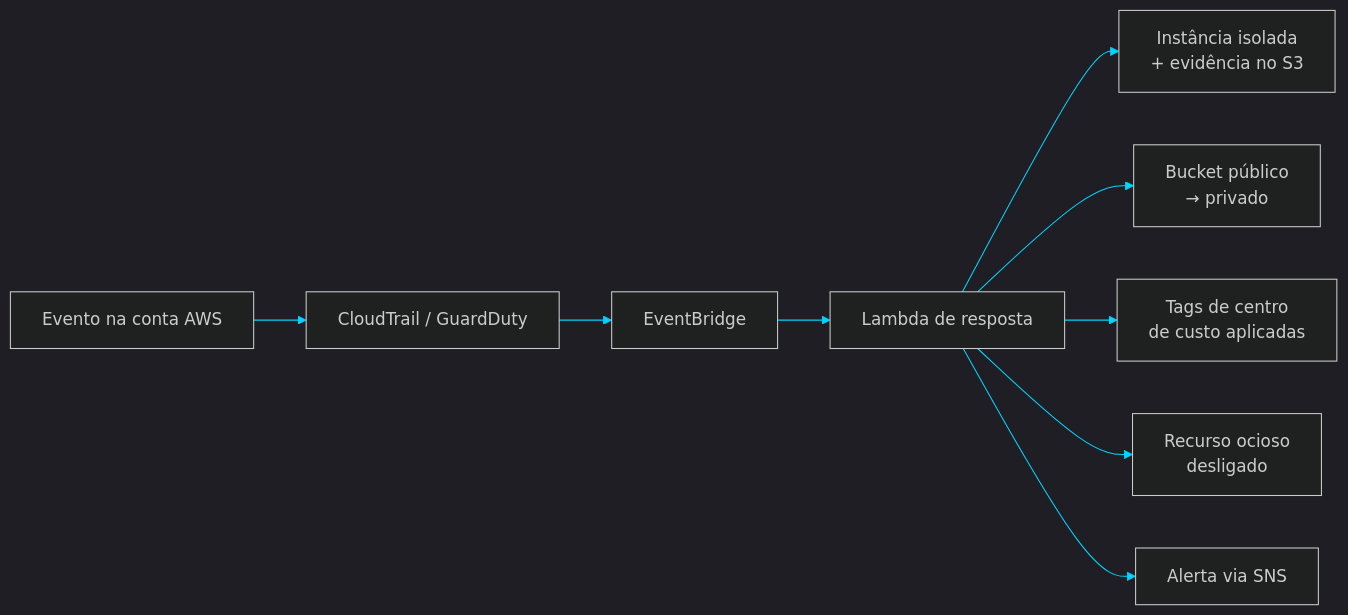
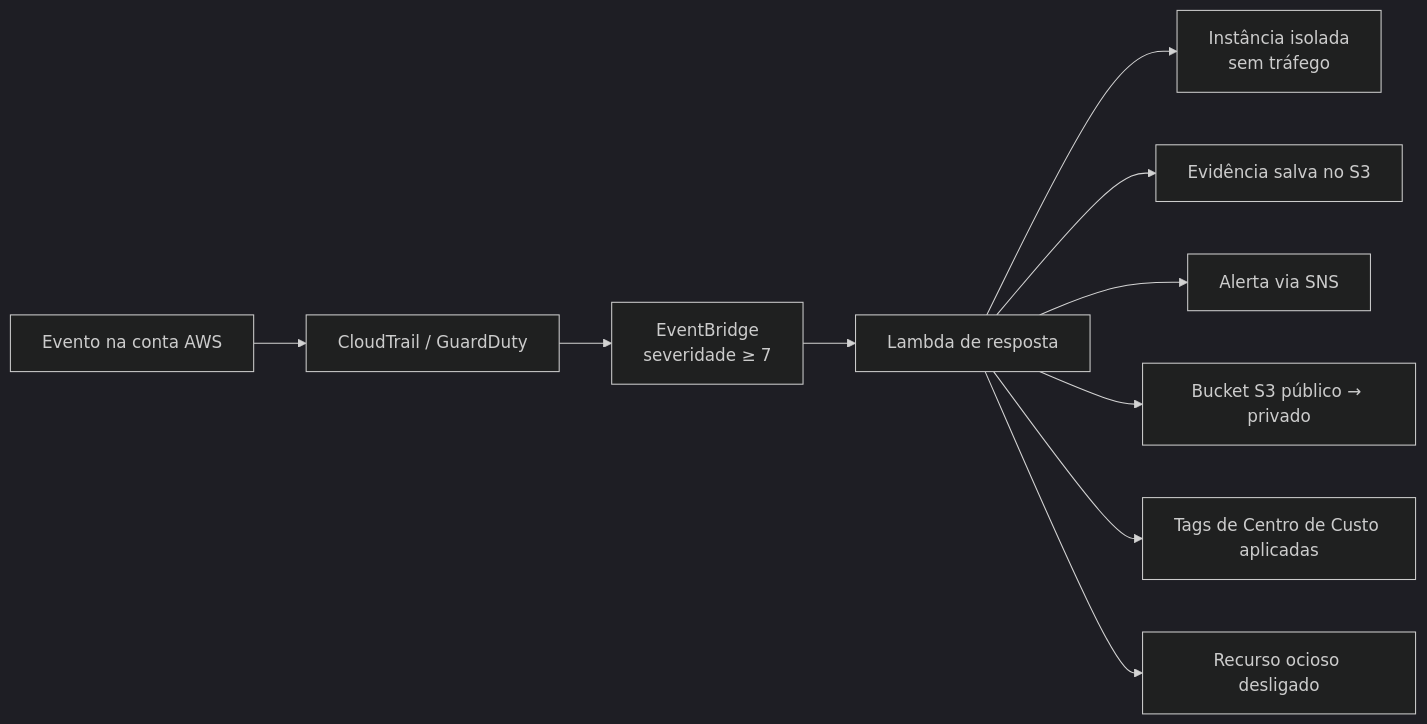
Before and after one commit to kctxdev/Kctxdev: the diagram in README.md, drawn with Mermaid. The commit also changed other lines of this file, not shown here.

````diff
--- a/README.md
+++ b/README.md
@@ -181,12 +315,13 @@
 ```mermaid
-%%{init: {'theme':'dark', 'themeVariables': {'primaryColor':'#203A43','primaryTextColor':'#ffffff','lineColor':'#00D4FF','primaryBorderColor':'#00D4FF'}}}%%
+%%{init: {'theme':'dark'}}%%
 flowchart LR
     A[Evento na conta AWS] --> B[CloudTrail / GuardDuty]
-    B --> C[EventBridge]
+    B --> C[EventBridge<br/>severidade ≥ 7]
     C --> D[Lambda de resposta]
-    D --> E[Instância isolada<br/>+ evidência no S3]
-    D --> F[Bucket público<br/>→ privado]
-    D --> G[Tags de centro<br/>de custo aplicadas]
-    D --> H[Recurso ocioso<br/>desligado]
-    D --> I[Alerta via SNS]
+    D --> E[Instância isolada<br/>sem tráfego]
+    D --> F[Evidência salva no S3]
+    D --> G[Alerta via SNS]
+    D --> H[Bucket S3 público → privado]
+    D --> I[Tags de Centro de Custo aplicadas]
+    D --> J[Recurso ocioso desligado]
 ```
````
